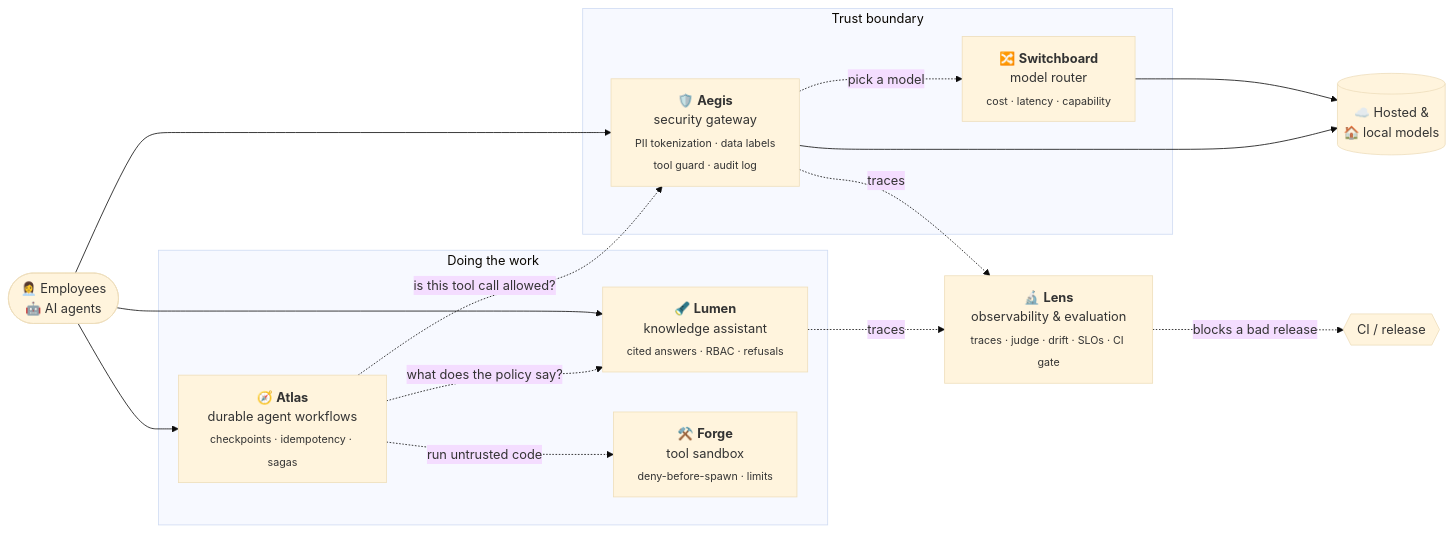
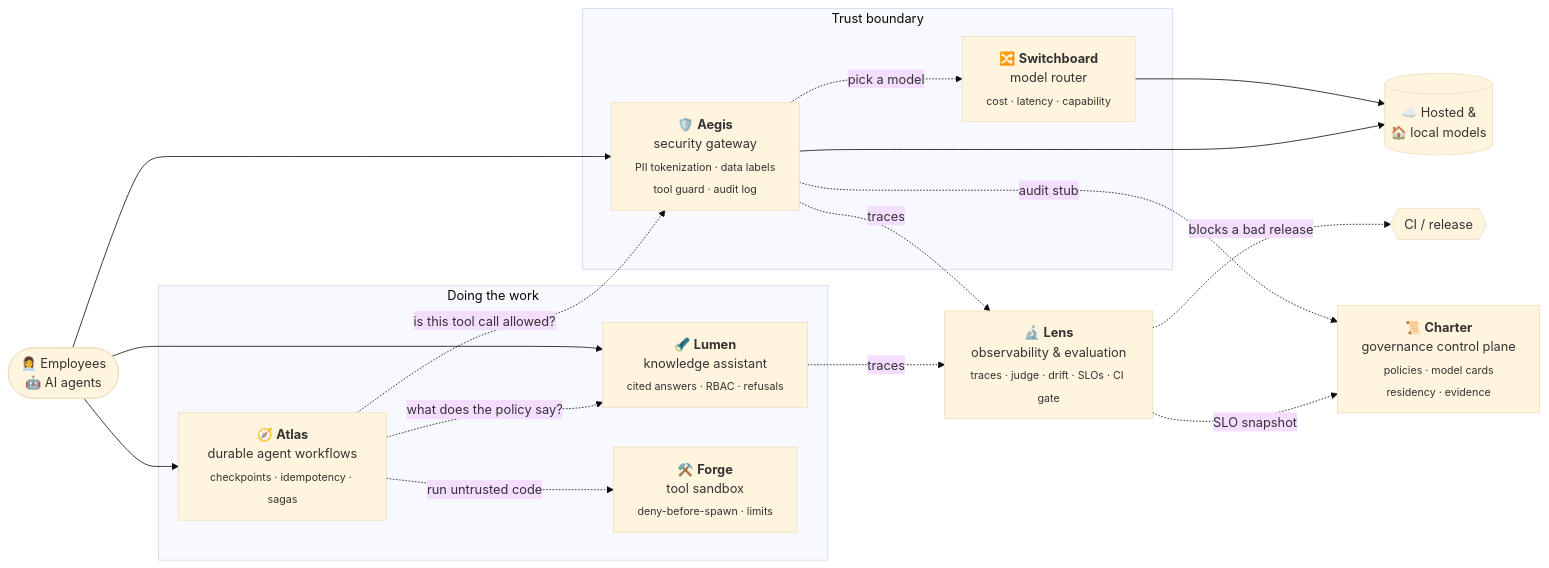
One commit to kumarlakshya24/enterprise-ai-platform changed the diagram in README.md. Above: the diagram before and after it, drawn with Mermaid (base theme). The commit also changed other lines of this file and 61 other files, not shown here.

First line of the commit message:
charter: add the AI governance control plane

````diff
--- a/README.md
+++ b/README.md
@@ -47,28 +49,32 @@
 ```mermaid
 flowchart LR
   U(["👩‍💼 Employees<br/>🤖 AI agents"]) --> AEG
 
   subgraph EDGE["Trust boundary"]
     AEG["🛡️ <b>Aegis</b><br/>security gateway<br/><sub>PII tokenization · data labels<br/>tool guard · audit log</sub>"]
     SW["🔀 <b>Switchboard</b><br/>model router<br/><sub>cost · latency · capability</sub>"]
   end
 
   subgraph WORK["Doing the work"]
     LUM["🔦 <b>Lumen</b><br/>knowledge assistant<br/><sub>cited answers · RBAC · refusals</sub>"]
     ATL["🧭 <b>Atlas</b><br/>durable agent workflows<br/><sub>checkpoints · idempotency · sagas</sub>"]
     FRG["⚒️ <b>Forge</b><br/>tool sandbox<br/><sub>deny-before-spawn · limits</sub>"]
   end
 
   AEG -. "pick a model" .-> SW --> LLM[("☁️ Hosted &<br/>🏠 local models")]
   AEG --> LLM
   U --> LUM
   U --> ATL
   ATL -. "is this tool call allowed?" .-> AEG
   ATL -. "what does the policy say?" .-> LUM
   ATL -. "run untrusted code" .-> FRG
 
   LENS["🔬 <b>Lens</b><br/>observability & evaluation<br/><sub>traces · judge · drift · SLOs · CI gate</sub>"]
+  CHR["📜 <b>Charter</b><br/>governance control plane<br/><sub>policies · model cards<br/>residency · evidence</sub>"]
+
   AEG -. traces .-> LENS
   LUM -. traces .-> LENS
   LENS -. "blocks a bad release" .-> CI{{"CI / release"}}
+  AEG -. "audit stub" .-> CHR
+  LENS -. "SLO snapshot" .-> CHR
 ```
````
